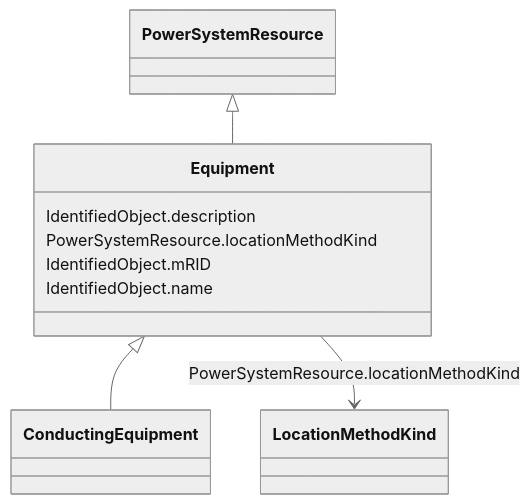
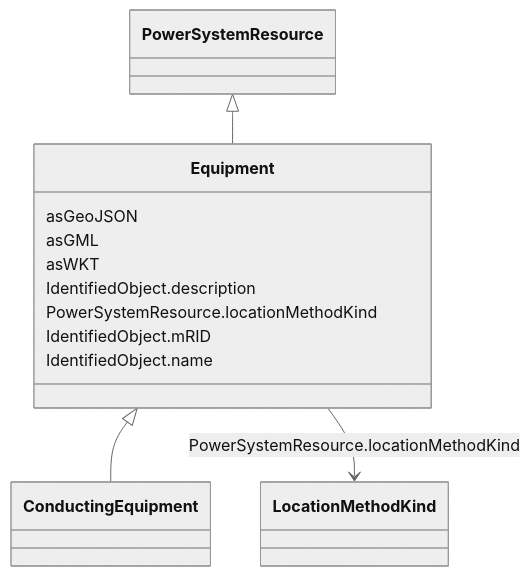
The diagram in docs/AviationObstacle/Equipment.md (3lbits/NoCIMExtensions), drawn with Mermaid (neutral theme) before and after one commit. The commit also changed other lines of this file and 34 other files, not shown here.

````diff
--- a/docs/AviationObstacle/Equipment.md
+++ b/docs/AviationObstacle/Equipment.md
@@ -18,25 +18,31 @@
 ```mermaid
  classDiagram
     class Equipment
     click Equipment href "../Equipment"
       PowerSystemResource <|-- Equipment
         click PowerSystemResource href "../PowerSystemResource"
       
 
       Equipment <|-- ConductingEquipment
         click ConductingEquipment href "../ConductingEquipment"
       
       
+      Equipment : asGeoJSON
+        
+      Equipment : asGML
+        
+      Equipment : asWKT
+        
       Equipment : IdentifiedObject.description
         
       Equipment : PowerSystemResource.locationMethodKind
         
           Equipment --> LocationMethodKind : PowerSystemResource.locationMethodKind
           click LocationMethodKind href "../LocationMethodKind"
         
       Equipment : IdentifiedObject.mRID
         
       Equipment : IdentifiedObject.name
         
       
 ```
````
